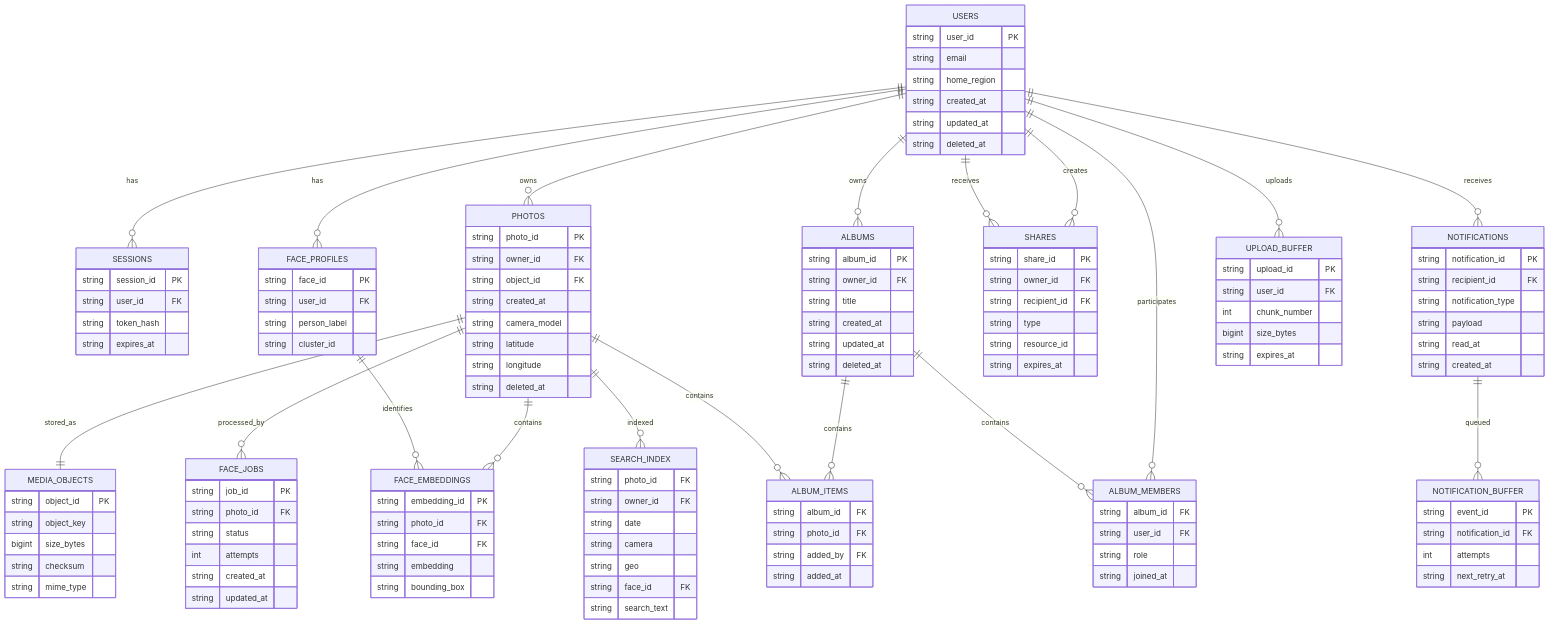
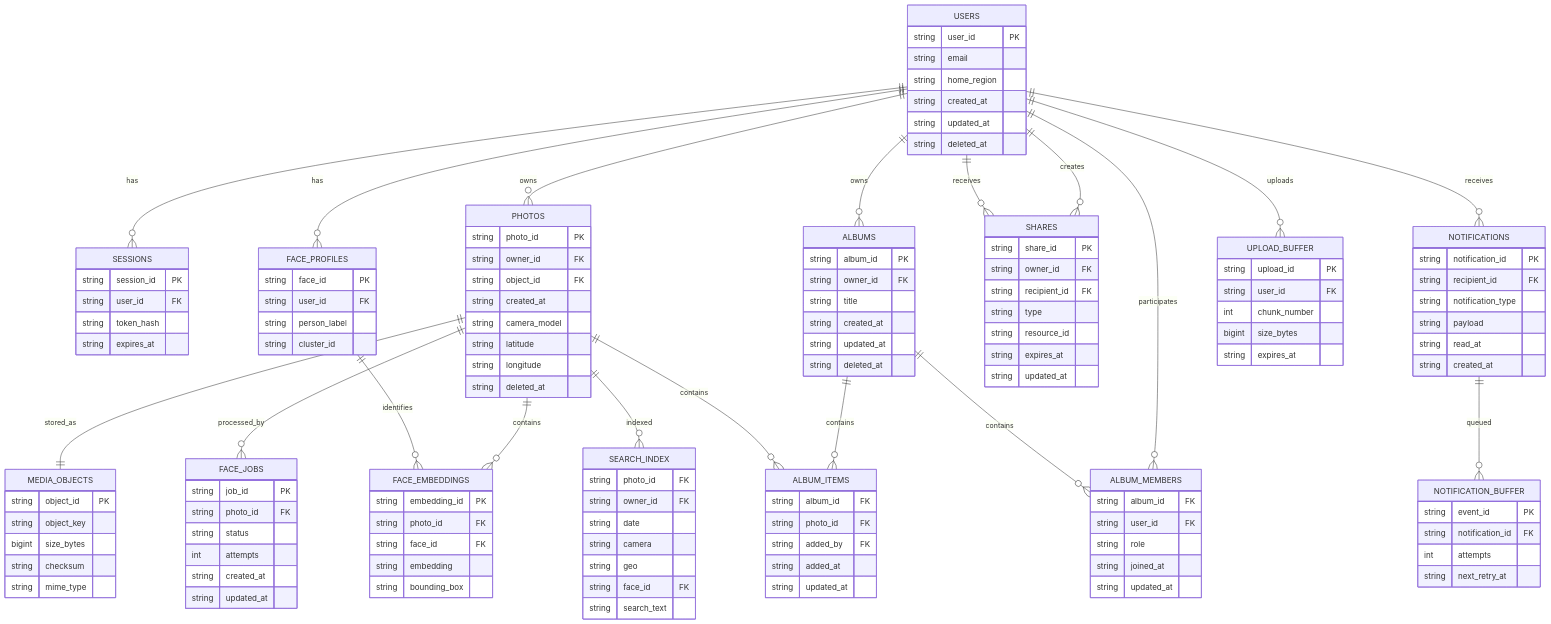
One commit to SharkyJunior/VK-Highload-Coursework changed the fifth of 6 diagrams in README.md. Above: the diagram before and after it, drawn with Mermaid.

Commit message:
HW5: added more updated_at

```diff
--- a/README.md
+++ b/README.md
@@ -683,6 +683,7 @@
         string user_id FK
         string role
         string joined_at
+        string updated_at
     }
 
     ALBUM_ITEMS {
@@ -690,6 +691,7 @@
         string photo_id FK
         string added_by FK
         string added_at
+        string updated_at
     }
 
     SHARES {
@@ -699,6 +701,7 @@
         string type
         string resource_id
         string expires_at
+        string updated_at
     }
 
     NOTIFICATIONS {
```
